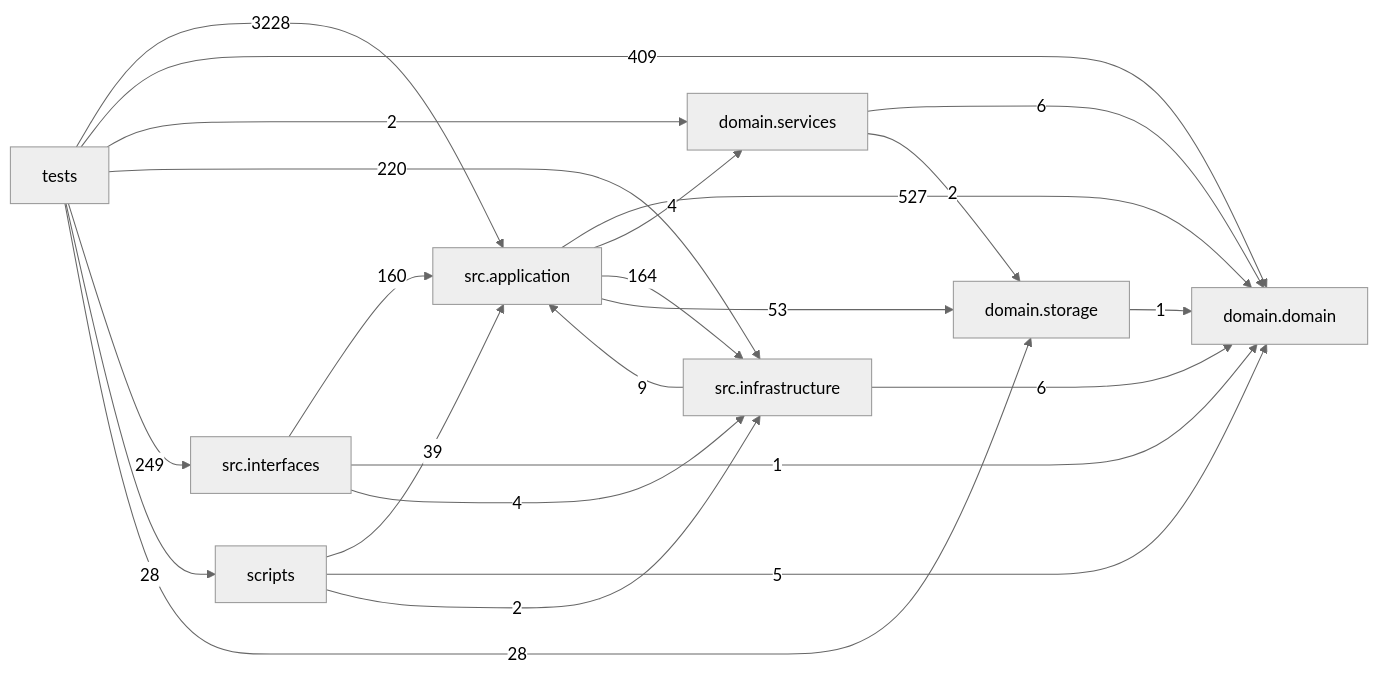
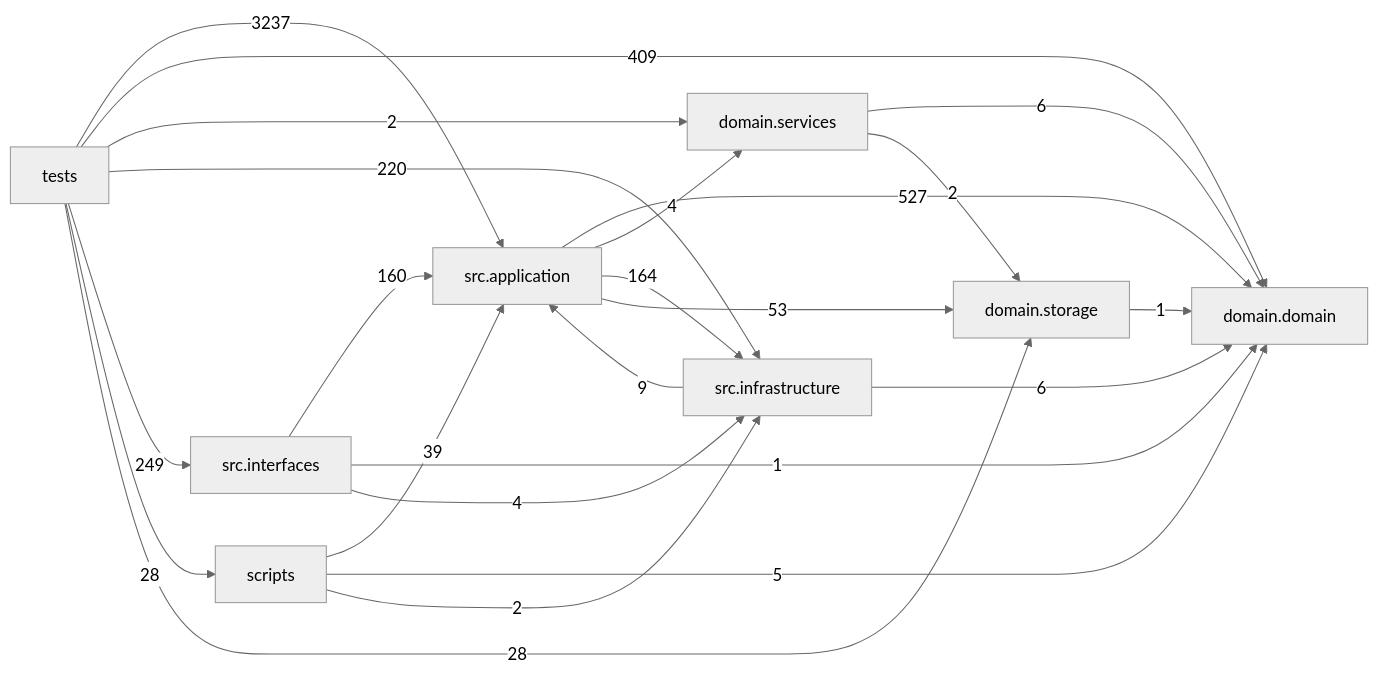
Before and after one commit to liuxie066/options-monitor: the diagram in docs/DEPENDENCY_GRAPH.md, drawn with Mermaid (neutral theme). The commit also changed other lines of this file and 2 other files, not shown here.

````diff
--- a/docs/DEPENDENCY_GRAPH.md
+++ b/docs/DEPENDENCY_GRAPH.md
@@ -24,33 +24,33 @@
 ```mermaid
 flowchart LR
   tests["tests"]
   scripts["scripts"]
   interfaces["src.interfaces"]
   application["src.application"]
   infrastructure["src.infrastructure"]
   domain_services["domain.services"]
   domain["domain.domain"]
   storage["domain.storage"]
   application -->|527| domain
   application -->|4| domain_services
   application -->|164| infrastructure
   application -->|53| storage
   domain_services -->|6| domain
   domain_services -->|2| storage
   infrastructure -->|9| application
   infrastructure -->|6| domain
   interfaces -->|160| application
   interfaces -->|1| domain
   interfaces -->|4| infrastructure
   scripts -->|39| application
   scripts -->|5| domain
   scripts -->|2| infrastructure
   storage -->|1| domain
-  tests -->|3228| application
+  tests -->|3237| application
   tests -->|409| domain
   tests -->|2| domain_services
   tests -->|220| infrastructure
   tests -->|249| interfaces
   tests -->|28| scripts
   tests -->|28| storage
 ```
````
